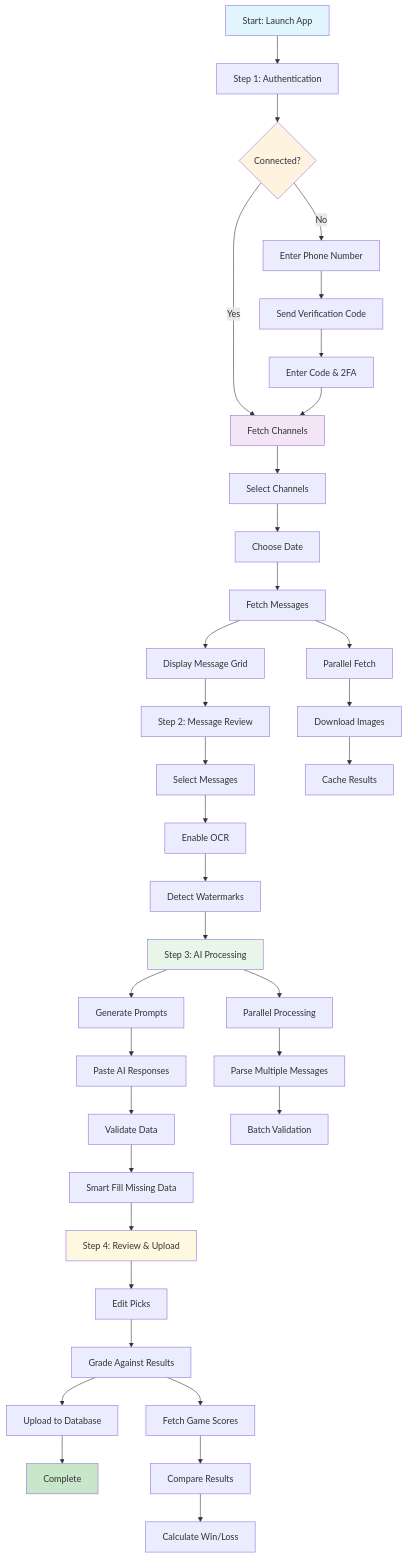
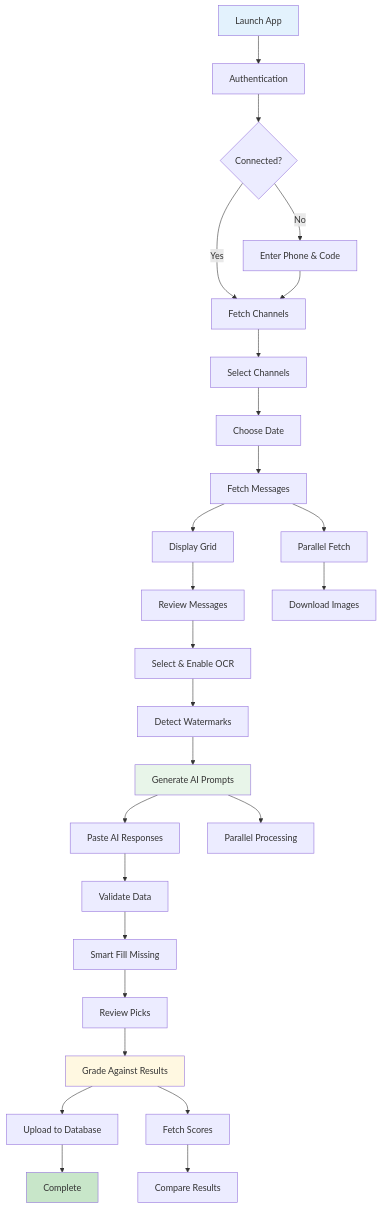
One commit to Ducky705/Live-Pick-Scraper changed the diagram in README.md. Above: the diagram before and after it, drawn with Mermaid. The commit also changed other lines of this file, not shown here.

Commit message:
Update README.md: Simplified structure with comprehensive flow chart

````diff
--- a/README.md
+++ b/README.md
@@ -159,52 +48,39 @@
 ```mermaid
-graph TD
-    A[Start: Launch App] --> B[Step 1: Authentication]
+flowchart TD
+    A[Launch App] --> B[Authentication]
     B --> C{Connected?}
-    C -->|No| D[Enter Phone Number]
+    C -->|No| D[Enter Phone & Code]
     C -->|Yes| E[Fetch Channels]
-    D --> F[Send Verification Code]
-    F --> G[Enter Code & 2FA]
-    G --> E
+    D --> E
     
-    E --> H[Select Channels]
-    H --> I[Choose Date]
-    I --> J[Fetch Messages]
-    J --> K[Display Message Grid]
+    E --> F[Select Channels]
+    F --> G[Choose Date]
+    G --> H[Fetch Messages]
+    H --> I[Display Grid]
     
-    K --> L[Step 2: Message Review]
-    L --> M[Select Messages]
-    M --> N[Enable OCR]
-    N --> O[Detect Watermarks]
+    I --> J[Review Messages]
+    J --> K[Select & Enable OCR]
+    K --> L[Detect Watermarks]
+    L --> M[Generate AI Prompts]
     
-    O --> P[Step 3: AI Processing]
-    P --> Q[Generate Prompts]
-    Q --> R[Paste AI Responses]
-    R --> S[Validate Data]
-    S --> T[Smart Fill Missing Data]
+    M --> N[Paste AI Responses]
+    N --> O[Validate Data]
+    O --> P[Smart Fill Missing]
+    P --> Q[Review Picks]
     
-    T --> U[Step 4: Review & Upload]
-    U --> V[Edit Picks]
-    V --> W[Grade Against Results]
-    W --> X[Upload to Database]
-    X --> Y[Complete]
+    Q --> R[Grade Against Results]
+    R --> S[Upload to Database]
+    S --> T[Complete]
     
     %% Parallel processing
-    J --> AA[Parallel Fetch]
+    H --> AA[Parallel Fetch]
     AA --> BB[Download Images]
-    BB --> CC[Cache Results]
+    M --> CC[Parallel Processing]
+    R --> DD[Fetch Scores]
+    DD --> EE[Compare Results]
     
-    P --> DD[Parallel Processing]
-    DD --> EE[Parse Multiple Messages]
-    EE --> FF[Batch Validation]
-    
-    W --> GG[Fetch Game Scores]
-    GG --> HH[Compare Results]
-    HH --> II[Calculate Win/Loss]
-    
-    style A fill:#e1f5fe
-    style Y fill:#c8e6c9
-    style C fill:#fff3e0
-    style E fill:#f3e5f5
-    style P fill:#e8f5e9
-    style U fill:#fff8e1
+    style A fill:#e3f2fd
+    style T fill:#c8e6c9
+    style M fill:#e8f5e9
+    style R fill:#fff8e1
 ```
````
